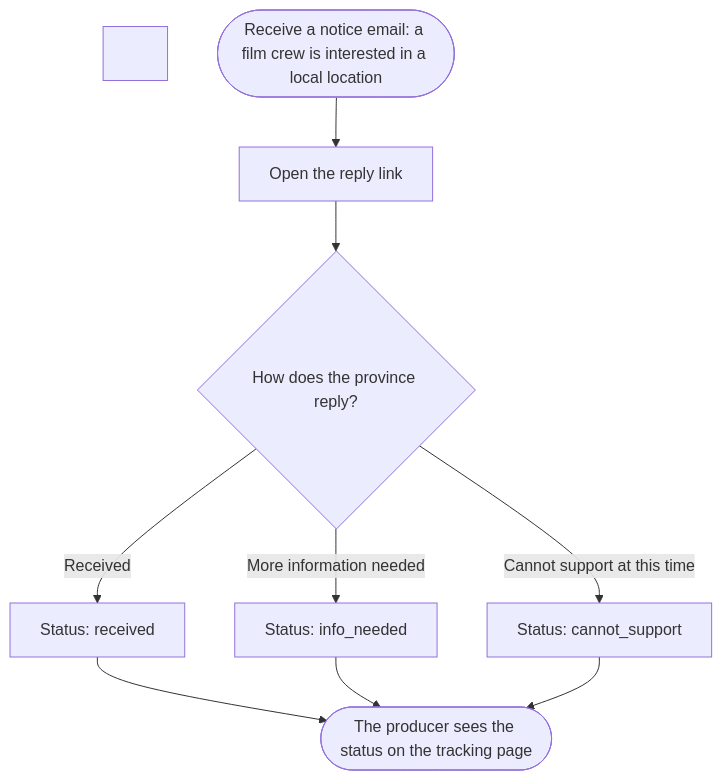
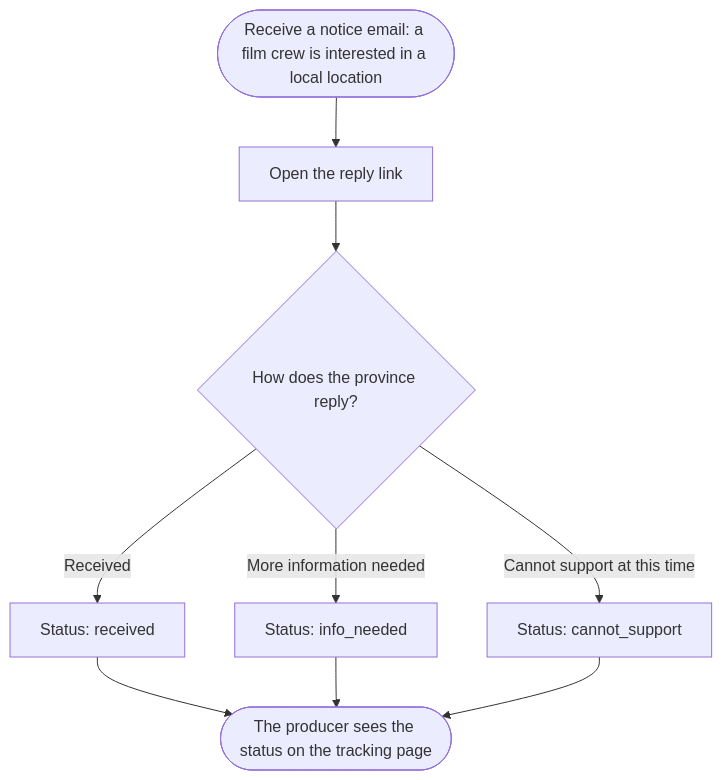
Before and after one commit to namnt2005/CINEMATCH-DBIZ3.TeamC: the first of 2 diagrams in docs/spec/spec-M7.md, drawn with Mermaid. The commit also changed other lines of this file and 176 other files, not shown here.

````diff
--- a/docs/spec/spec-M7.md
+++ b/docs/spec/spec-M7.md
@@ -85,11 +85,11 @@
 ```mermaid
 flowchart TD
-&nbsp;&nbsp;&nbsp;&nbsp;S([Receive a notice email: a film crew is interested in a local location]) --> OPEN[Open the reply link]
-&nbsp;&nbsp;&nbsp;&nbsp;OPEN --> Q{How does the province reply?}
-&nbsp;&nbsp;&nbsp;&nbsp;Q -- Received --> R1[Status: received]
-&nbsp;&nbsp;&nbsp;&nbsp;Q -- More information needed --> R2[Status: info_needed]
-&nbsp;&nbsp;&nbsp;&nbsp;Q -- Cannot support at this time --> R3[Status: cannot_support]
-&nbsp;&nbsp;&nbsp;&nbsp;R1 --> E([The producer sees the status on the tracking page])
-&nbsp;&nbsp;&nbsp;&nbsp;R2 --> E
-&nbsp;&nbsp;&nbsp;&nbsp;R3 --> E
+    S([Receive a notice email: a film crew is interested in a local location]) --> OPEN[Open the reply link]
+    OPEN --> Q{How does the province reply?}
+    Q -- Received --> R1[Status: received]
+    Q -- More information needed --> R2[Status: info_needed]
+    Q -- Cannot support at this time --> R3[Status: cannot_support]
+    R1 --> E([The producer sees the status on the tracking page])
+    R2 --> E
+    R3 --> E
 ```
````
